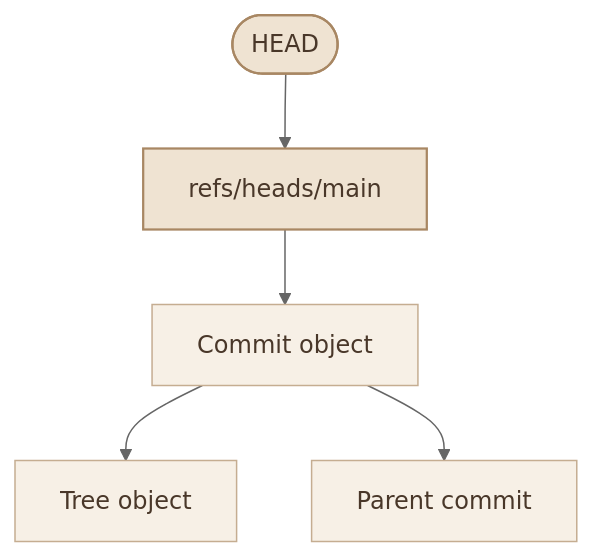
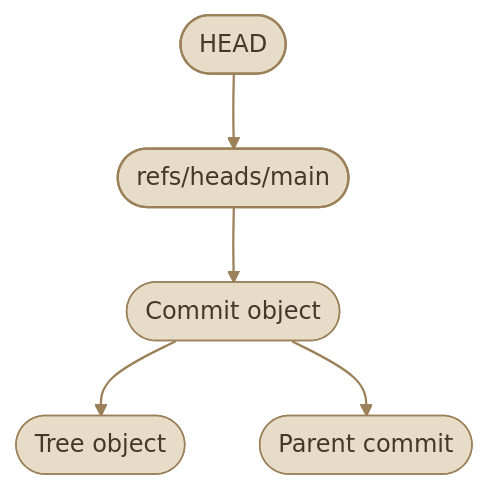
One commit to mustafammasoud/ops-handbook changed the first of 5 diagrams in content/version-control/Git and GitHub/git-internals.mdx. Above: the diagram before and after it, drawn with Mermaid (neutral theme). The commit also changed other lines of this file and 17 other files, not shown here.

````diff
--- a/content/version-control/Git and GitHub/git-internals.mdx
+++ b/content/version-control/Git and GitHub/git-internals.mdx
@@ -152,12 +166,14 @@
 ```mermaid
 flowchart TD
-    A(["HEAD"]) --> B["refs/heads/main"]
-    B --> C["Commit object"]
-    C --> D["Tree object"]
-    C --> E["Parent commit"]
+    A(["HEAD"]) --> B(["refs/heads/main"])
+    B --> C(["Commit object"])
+    C --> D(["Tree object"])
+    C --> E(["Parent commit"])
 
-    classDef reference fill:#efe3d2,stroke:#a88763,color:#493729,stroke-width:1.5px
-    classDef object fill:#f7f0e6,stroke:#c5ad91,color:#493729,stroke-width:1px
+    classDef reference fill:#E7DCC8,stroke:#9B8059,color:#46372A,stroke-width:1.5px
+    classDef object fill:#E7DCC8,stroke:#9B8059,color:#46372A,stroke-width:1px
     class A,B reference
     class C,D,E object
+
+    linkStyle default stroke:#9B8059,stroke-width:1.5px
 ```
````
